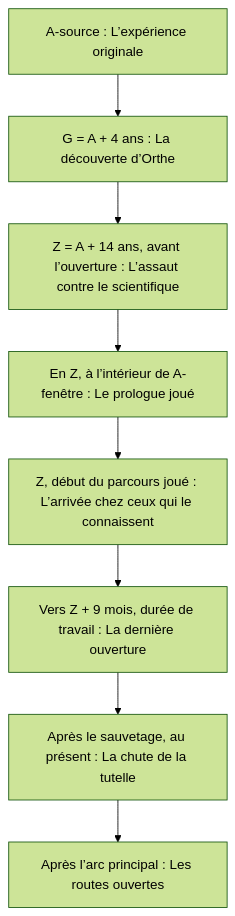
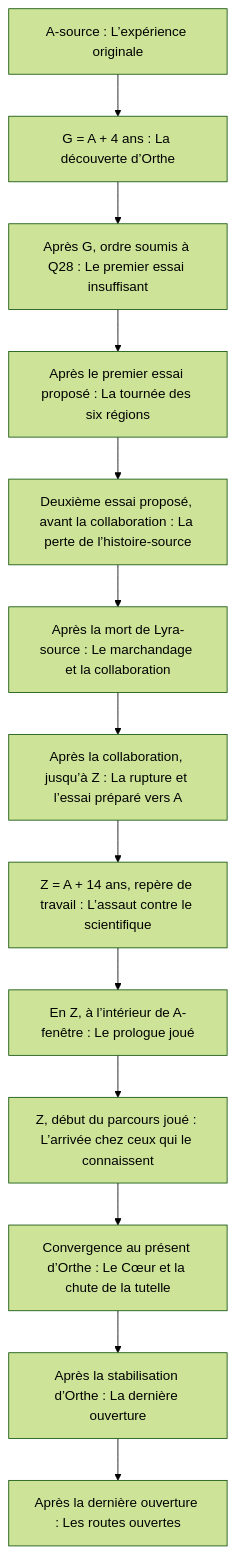
One commit to Kichnifou/GachaImpact changed the diagram in docs/Story/lecture/04_CHRONOLOGIE.md. Above: the diagram before and after it, drawn with Mermaid (forest theme). The commit also changed other lines of this file and 7 other files, not shown here.

````diff
--- a/docs/Story/lecture/04_CHRONOLOGIE.md
+++ b/docs/Story/lecture/04_CHRONOLOGIE.md
@@ -8,18 +8,28 @@
 ```mermaid
 flowchart TD
   E0["A-source : L’expérience originale"]
   E1["G = A + 4 ans : La découverte d’Orthe"]
-  E2["Z = A + 14 ans, avant l’ouverture : L’assaut contre le scientifique"]
-  E3["En Z, à l’intérieur de A-fenêtre : Le prologue joué"]
-  E4["Z, début du parcours joué : L’arrivée chez ceux qui le connaissent"]
-  E5["Vers Z + 9 mois, durée de travail : La dernière ouverture"]
-  E6["Après le sauvetage, au présent : La chute de la tutelle"]
-  E7["Après l’arc principal : Les routes ouvertes"]
+  E2["Après G, ordre soumis à Q28 : Le premier essai insuffisant"]
+  E3["Après le premier essai proposé : La tournée des six régions"]
+  E4["Deuxième essai proposé, avant la collaboration : La perte de l’histoire-source"]
+  E5["Après la mort de Lyra-source : Le marchandage et la collaboration"]
+  E6["Après la collaboration, jusqu’à Z : La rupture et l’essai préparé vers A"]
+  E7["Z = A + 14 ans, repère de travail : L’assaut contre le scientifique"]
+  E8["En Z, à l’intérieur de A-fenêtre : Le prologue joué"]
+  E9["Z, début du parcours joué : L’arrivée chez ceux qui le connaissent"]
+  E10["Convergence au présent d’Orthe : Le Cœur et la chute de la tutelle"]
+  E11["Après la stabilisation d’Orthe : La dernière ouverture"]
+  E12["Après la dernière ouverture : Les routes ouvertes"]
   E0 --> E1
   E1 --> E2
   E2 --> E3
   E3 --> E4
   E4 --> E5
   E5 --> E6
   E6 --> E7
+  E7 --> E8
+  E8 --> E9
+  E9 --> E10
+  E10 --> E11
+  E11 --> E12
 ```
````
